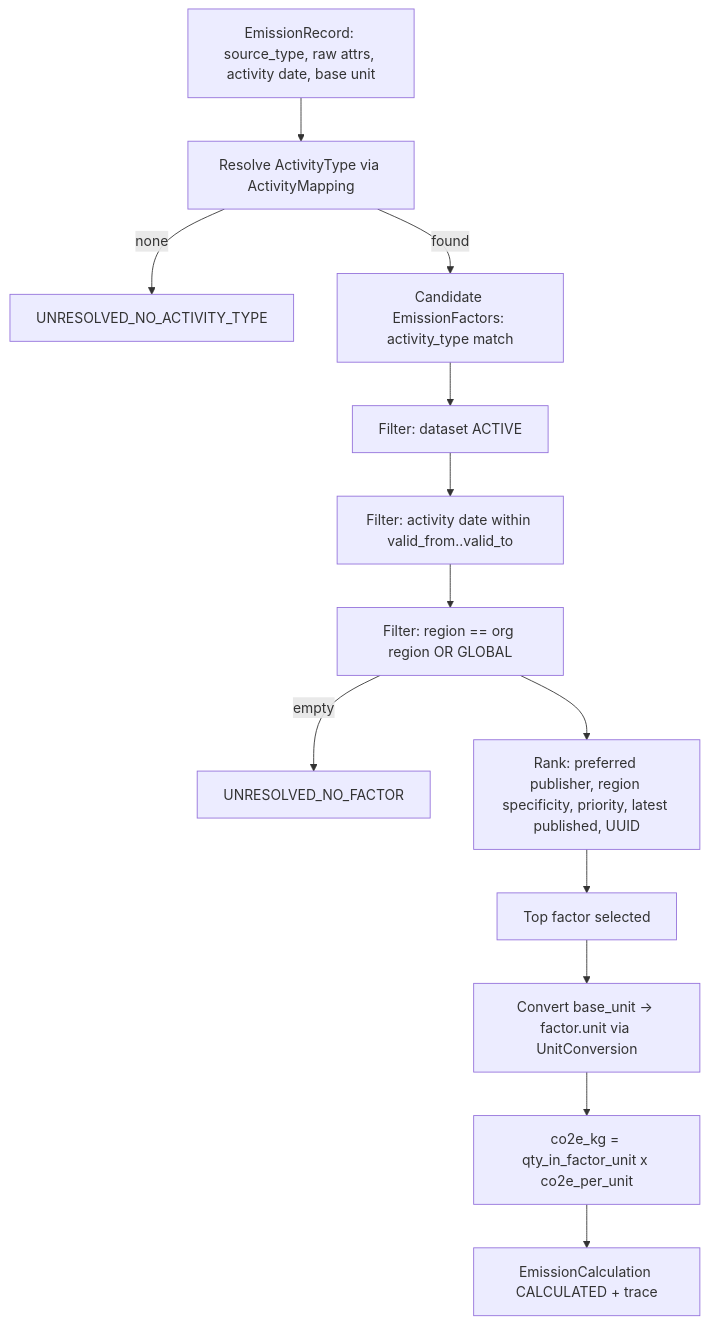
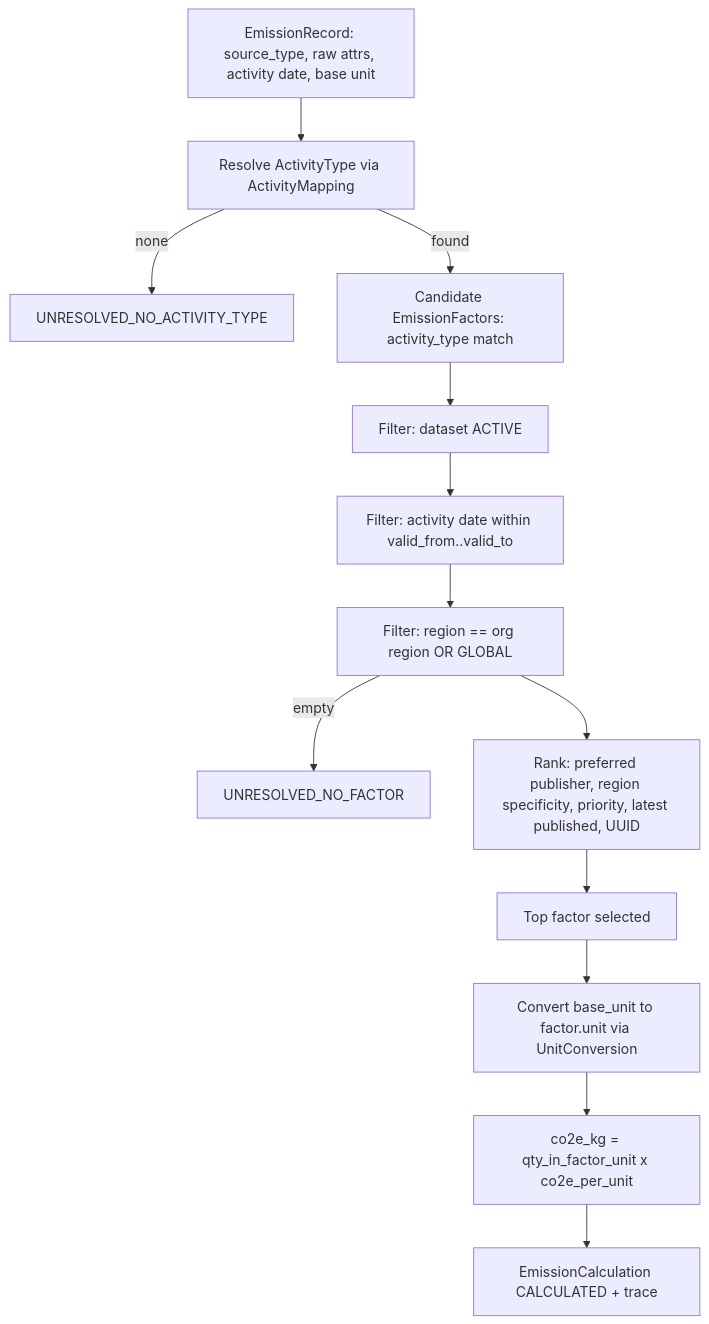
The second of 3 diagrams in docs/CARBON_ENGINE_DESIGN.md (Utkarshum7/scopetrace-platform), drawn with Mermaid before and after one commit. The commit also changed 2 other files, not shown here.

Commit message:
docs: add foundational architecture decision records
Add docs/ARCHITECTURE_DECISIONS.md: foundational platform ADRs 0015-0024
(Django, React, PostgreSQL, JWT, REST, React Query, multi-tenancy, RBAC,
Demo Mode + Demo AI provider, deployment topology), each with Context,
Options, Decision, Trade-offs, When-to-revisit, and Related ADRs/source/env.
Includes a "How to Read This Document" intro and a Decision Stability Matrix,
and indexes the existing domain ADRs 0001-0014.

Also harden Mermaid labels for reliable GitHub rendering: remove arrows and
parentheses from node/state labels in TECHNICAL_HANDOVER.md and
CARBON_ENGINE_DESIGN.md.

````diff
--- a/docs/CARBON_ENGINE_DESIGN.md
+++ b/docs/CARBON_ENGINE_DESIGN.md
@@ -127,15 +127,15 @@
 ```mermaid
 flowchart TD
     A[EmissionRecord: source_type, raw attrs, activity date, base unit] --> B[Resolve ActivityType via ActivityMapping]
     B -->|none| U1[UNRESOLVED_NO_ACTIVITY_TYPE]
     B -->|found| C[Candidate EmissionFactors: activity_type match]
     C --> D[Filter: dataset ACTIVE]
     D --> E[Filter: activity date within valid_from..valid_to]
     E --> F[Filter: region == org region OR GLOBAL]
     F -->|empty| U2[UNRESOLVED_NO_FACTOR]
     F --> G[Rank: preferred publisher, region specificity, priority, latest published, UUID]
     G --> H[Top factor selected]
-    H --> I[Convert base_unit -> factor.unit via UnitConversion]
+    H --> I[Convert base_unit to factor.unit via UnitConversion]
     I --> J[co2e_kg = qty_in_factor_unit x co2e_per_unit]
     J --> K[EmissionCalculation CALCULATED + trace]
 ```
````
